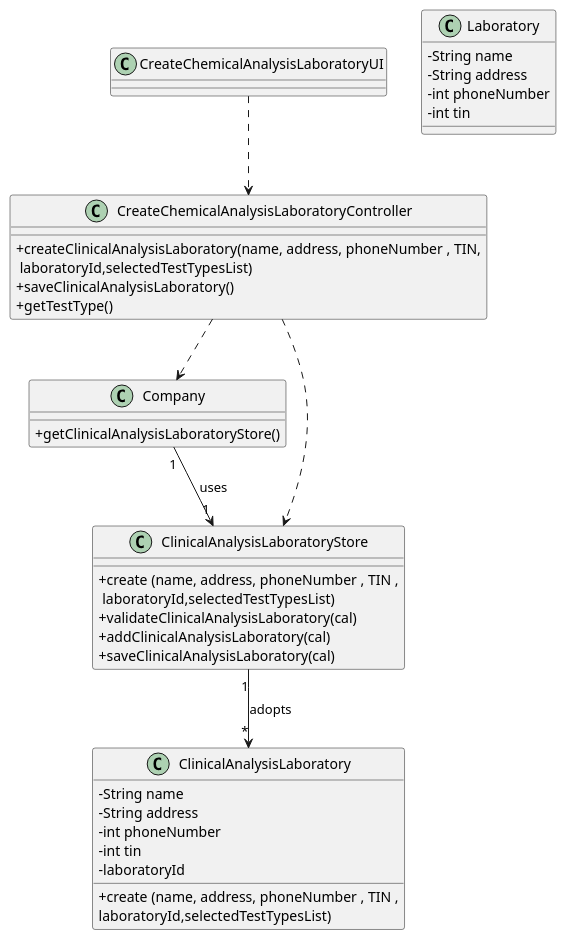
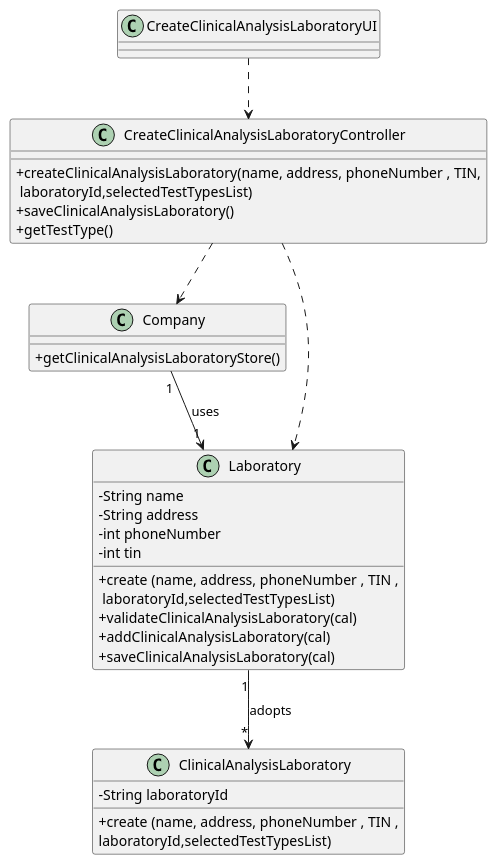
One commit to manu-07-ela/LAPR2_ISEP changed the diagram in docs/SprintB/US08/US08_CD.puml. Above: the diagram before and after it, drawn with PlantUML. The commit also changed 6 other files, not shown here.

```diff
--- a/docs/SprintB/US08/US08_CD.puml
+++ b/docs/SprintB/US08/US08_CD.puml
@@ -1,54 +1,48 @@
 @startuml
 skinparam classAttributeIconSize 0
 
-class CreateChemicalAnalysisLaboratoryUI{
+class CreateClinicalAnalysisLaboratoryUI{
 }
 
-class CreateChemicalAnalysisLaboratoryController{
+class CreateClinicalAnalysisLaboratoryController{
   +createClinicalAnalysisLaboratory(name, address, phoneNumber , TIN,\n laboratoryId,selectedTestTypesList)
   +saveClinicalAnalysisLaboratory()
   +getTestType()
 }
 
 class Company{
 +getClinicalAnalysisLaboratoryStore()
 }
 
+
+class ClinicalAnalysisLaboratory {
+  -String laboratoryId
+  +create (name, address, phoneNumber , TIN ,\nlaboratoryId,selectedTestTypesList)
+
+
+}
+
 class Laboratory {
   -String name
   -String address
   -int phoneNumber
   -int tin
-}
-
-class ClinicalAnalysisLaboratory {
-  -String name
-  -String address
-  -int phoneNumber
-  -int tin
-  -laboratoryId
-  +create (name, address, phoneNumber , TIN ,\nlaboratoryId,selectedTestTypesList)
-
-
-}
-
-class ClinicalAnalysisLaboratoryStore {
   +create (name, address, phoneNumber , TIN ,\n laboratoryId,selectedTestTypesList)
   +validateClinicalAnalysisLaboratory(cal)
   +addClinicalAnalysisLaboratory(cal)
   +saveClinicalAnalysisLaboratory(cal)
 }
 
 
 
 
 
 
-CreateChemicalAnalysisLaboratoryUI ..> CreateChemicalAnalysisLaboratoryController
-CreateChemicalAnalysisLaboratoryController ..> Company
-CreateChemicalAnalysisLaboratoryController ...> ClinicalAnalysisLaboratoryStore
-Company "1" --> "1" ClinicalAnalysisLaboratoryStore : uses
-ClinicalAnalysisLaboratoryStore "1" --> "*" ClinicalAnalysisLaboratory : adopts
+CreateClinicalAnalysisLaboratoryUI ..> CreateClinicalAnalysisLaboratoryController
+CreateClinicalAnalysisLaboratoryController ..> Company
+CreateClinicalAnalysisLaboratoryController ...> Laboratory
+Company "1" --> "1" Laboratory : uses
+Laboratory "1" --> "*" ClinicalAnalysisLaboratory : adopts
 
 
 @enduml
```
